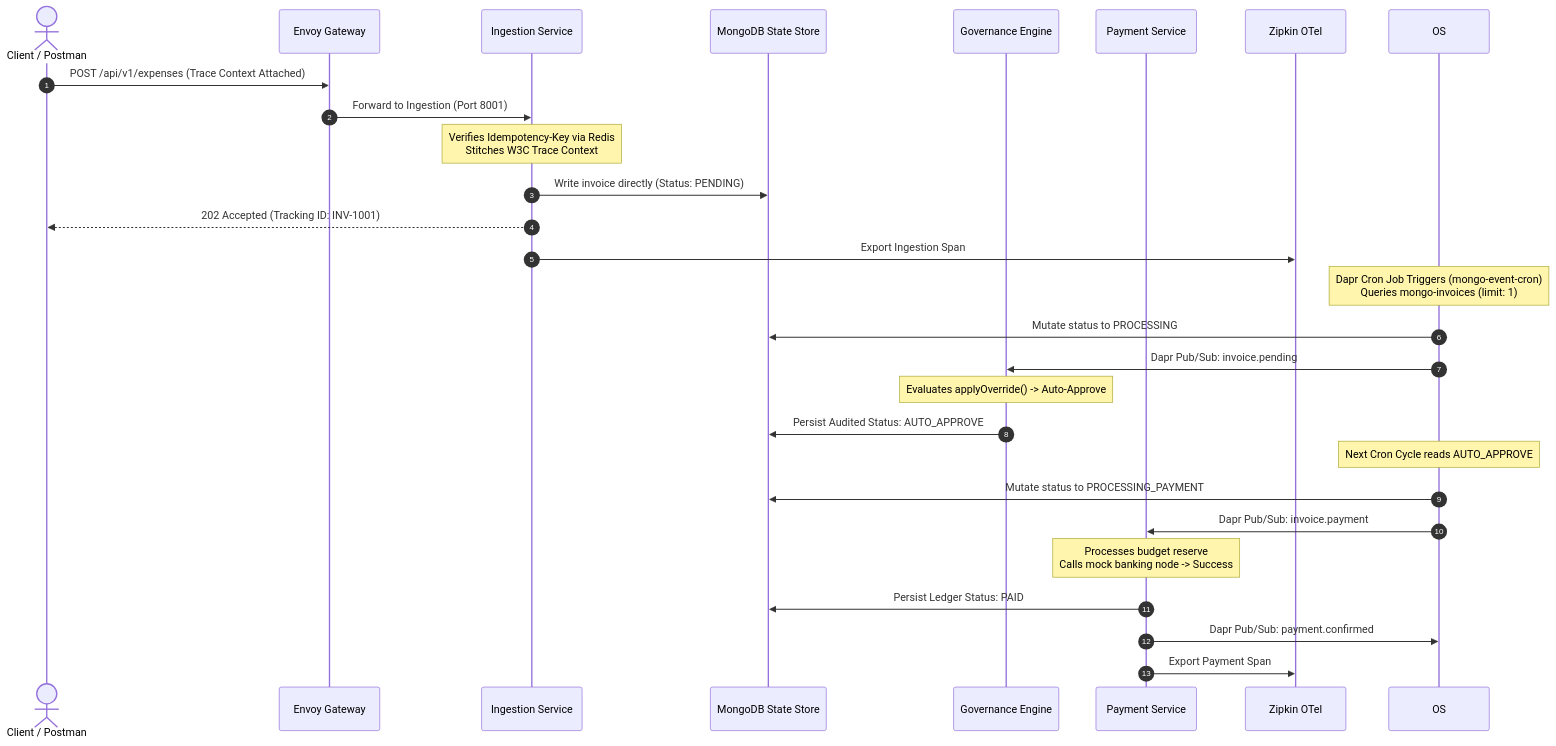
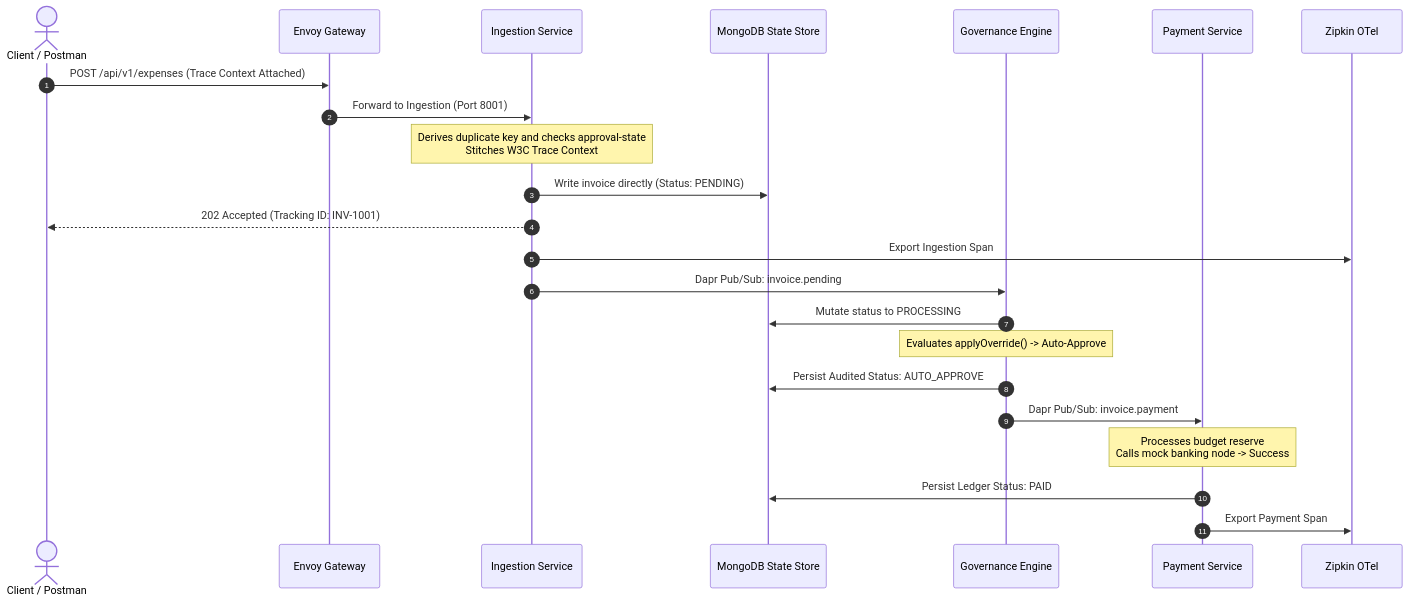
The second of 4 diagrams in docs/ARCHITECTURE.md (roman-shneer/InvoiceApprovalFlow), drawn with Mermaid before and after one commit. The commit also changed other lines of this file and 5 other files, not shown here.

````diff
--- a/docs/ARCHITECTURE.md
+++ b/docs/ARCHITECTURE.md
@@ -82,34 +81,30 @@
 ```mermaid
 sequenceDiagram
     autonumber
     actor Client as Client / Postman
     participant Envoy as Envoy Gateway
     participant IS as Ingestion Service
     participant DB as MongoDB State Store
     participant GS as Governance Engine
     participant PS as Payment Service
     participant ZK as Zipkin OTel
 
     Client->>Envoy: POST /api/v1/expenses (Trace Context Attached)
     Envoy->>IS: Forward to Ingestion (Port 8001)
-    Note over IS: Verifies Idempotency-Key via Redis<br/>Stitches W3C Trace Context
+    Note over IS: Derives duplicate key and checks approval-state<br/>Stitches W3C Trace Context
     IS->>DB: Write invoice directly (Status: PENDING)
     IS-->>Client: 202 Accepted (Tracking ID: INV-1001)
     IS->>ZK: Export Ingestion Span
 
-    Note over OS: Dapr Cron Job Triggers (mongo-event-cron)<br/>Queries mongo-invoices (limit: 1)
-    OS->>DB: Mutate status to PROCESSING
-    OS->>GS: Dapr Pub/Sub: invoice.pending
+    IS->>GS: Dapr Pub/Sub: invoice.pending
+    GS->>DB: Mutate status to PROCESSING
 
     Note over GS: Evaluates applyOverride() -> Auto-Approve
     GS->>DB: Persist Audited Status: AUTO_APPROVE
 
-    Note over OS: Next Cron Cycle reads AUTO_APPROVE
-    OS->>DB: Mutate status to PROCESSING_PAYMENT
-    OS->>PS: Dapr Pub/Sub: invoice.payment
+    GS->>PS: Dapr Pub/Sub: invoice.payment
 
     Note over PS: Processes budget reserve<br/>Calls mock banking node -> Success
     PS->>DB: Persist Ledger Status: PAID
-    PS->>OS: Dapr Pub/Sub: payment.confirmed
     PS->>ZK: Export Payment Span
 ```
````
